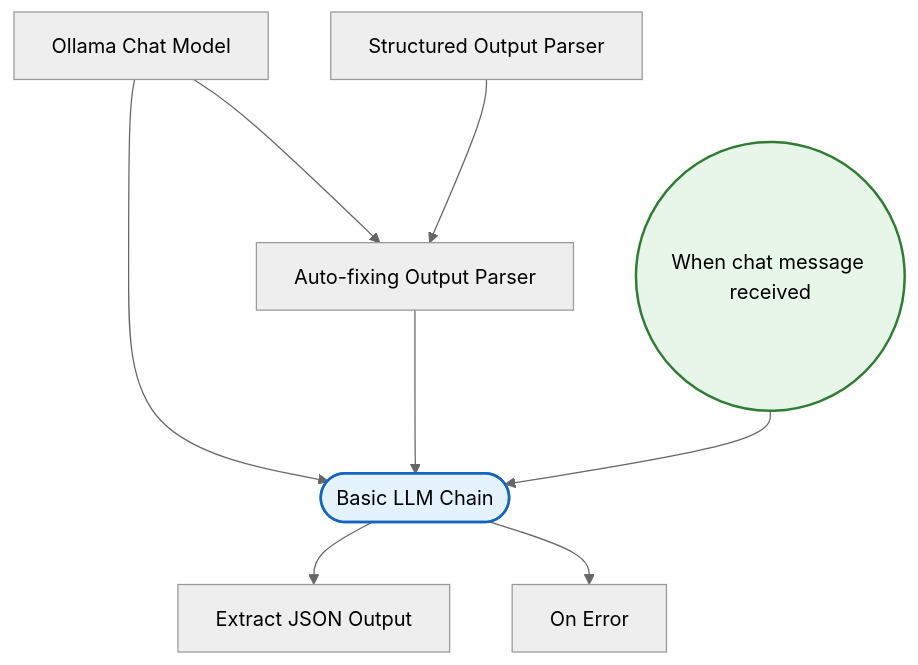
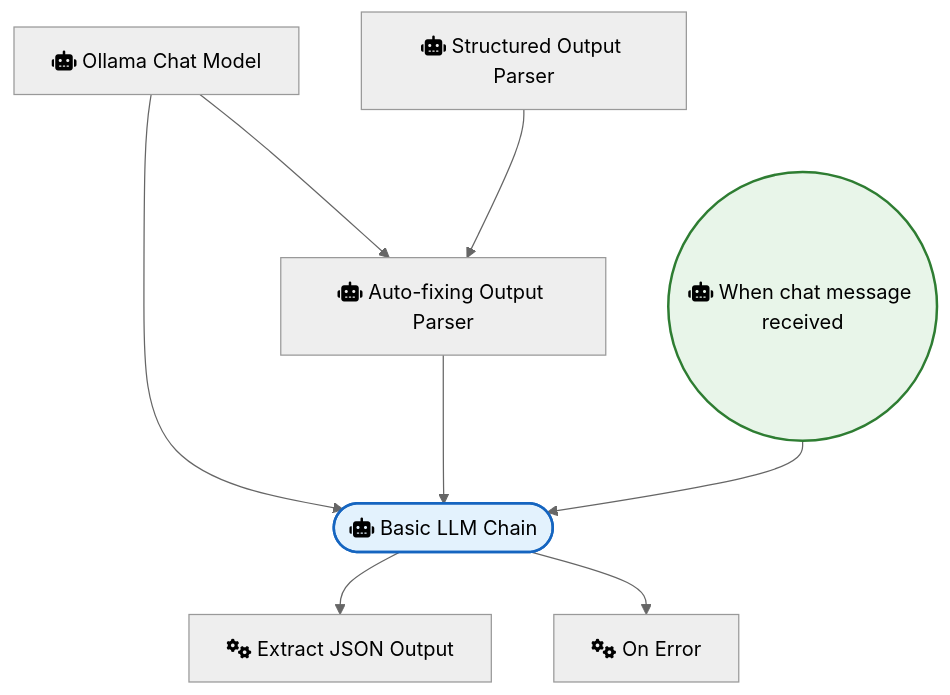
One commit to sreyash3105/N8N-DEMO-AUTOMATIONS changed the diagram in OpenAI_and_LLMs/Extract Personal Data with a Self-hosted Llm Mistral Nemo.md. Above: the diagram before and after it, drawn with Mermaid (neutral theme). The commit also changed 291 other files, not shown here.

````diff
--- a/OpenAI_and_LLMs/Extract Personal Data with a Self-hosted Llm Mistral Nemo.md
+++ b/OpenAI_and_LLMs/Extract Personal Data with a Self-hosted Llm Mistral Nemo.md
@@ -1,22 +1,22 @@
 ```mermaid
 graph TD
     classDef trigger fill:#e8f5e9,stroke:#2e7d32,stroke-width:2px;
     classDef ai fill:#e3f2fd,stroke:#1565c0,stroke-width:2px;
     classDef logic fill:#fff3e0,stroke:#ef6c00,stroke-width:2px;
 
-    When_chat_message_received(("When chat message received")):::trigger
-    Ollama_Chat_Model["Ollama Chat Model"]
-    Auto_fixing_Output_Parser["Auto-fixing Output Parser"]
-    Structured_Output_Parser["Structured Output Parser"]
-    Basic_LLM_Chain(["Basic LLM Chain"]):::ai
-    On_Error["On Error"]
-    Extract_JSON_Output["Extract JSON Output"]
+    When_chat_message_received(("fas:fa-robot When chat message received")):::trigger
+    Ollama_Chat_Model["fas:fa-robot Ollama Chat Model"]
+    Auto_fixing_Output_Parser["fas:fa-robot Auto-fixing Output Parser"]
+    Structured_Output_Parser["fas:fa-robot Structured Output Parser"]
+    Basic_LLM_Chain(["fas:fa-robot Basic LLM Chain"]):::ai
+    On_Error["fas:fa-cogs On Error"]
+    Extract_JSON_Output["fas:fa-cogs Extract JSON Output"]
 
     Basic_LLM_Chain --> Extract_JSON_Output
     Basic_LLM_Chain --> On_Error
     Ollama_Chat_Model --> Auto_fixing_Output_Parser
     Ollama_Chat_Model --> Basic_LLM_Chain
     Structured_Output_Parser --> Auto_fixing_Output_Parser
     Auto_fixing_Output_Parser --> Basic_LLM_Chain
     When_chat_message_received --> Basic_LLM_Chain
 ```
````
